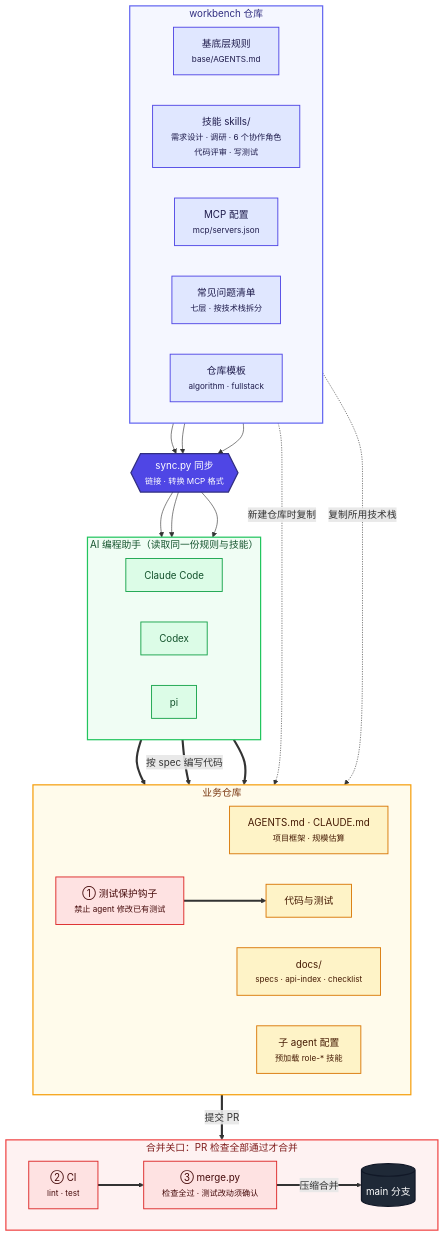
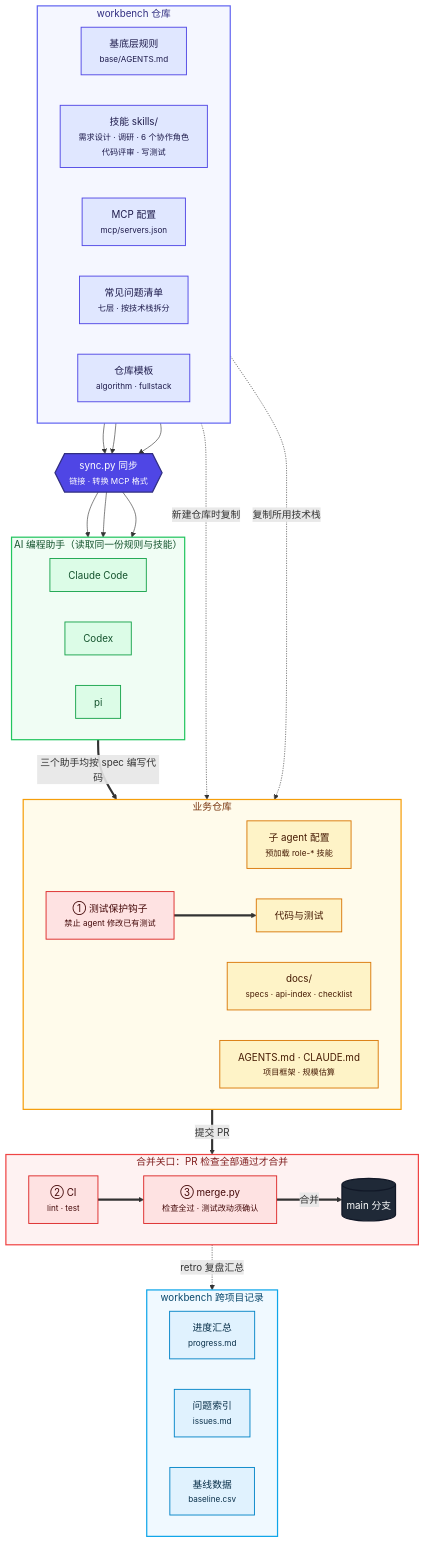
One commit to yinchi-34/workbench changed the diagram in README.md. Above: the diagram before and after it, drawn with Mermaid. The commit also changed other lines of this file, not shown here.

Commit message:
架构图改为直线布局，并加入跨项目记录
三个助手到业务仓库改为一条连线，复盘汇总只连到记录分组，去掉回绕的长连线，主线自上而下基本为直线；新增 workbench 跨项目记录分组与说明。curve 配置在当前 Mermaid 渲染器中不生效，未保留。已用 mermaid-cli 12.3 本地渲染检查。

Claude-Session: https://claude.ai/code/session_017X4mjKxHpPHAWZ9hjMSdzn

````diff
--- a/README.md
+++ b/README.md
@@ -9,67 +9,76 @@
 ```mermaid
 flowchart TB
     subgraph WB["workbench 仓库"]
         direction LR
         base["基底层规则<br/><small>base/AGENTS.md</small>"]
         skills["技能 skills/<br/><small>需求设计 · 调研 · 6 个协作角色<br/>代码评审 · 写测试</small>"]
         mcp["MCP 配置<br/><small>mcp/servers.json</small>"]
         lists["常见问题清单<br/><small>七层 · 按技术栈拆分</small>"]
         tpl["仓库模板<br/><small>algorithm · fullstack</small>"]
     end
 
     sync{{"sync.py 同步<br/><small>链接 · 转换 MCP 格式</small>"}}
 
     subgraph TOOLS["AI 编程助手（读取同一份规则与技能）"]
         direction LR
         cc["Claude Code"]
         codex["Codex"]
         pi["pi"]
     end
 
     subgraph BIZ["业务仓库"]
         direction LR
-        rules["AGENTS.md · CLAUDE.md<br/><small>项目框架 · 规模估算</small>"]
-        docs["docs/<br/><small>specs · api-index · checklist</small>"]
         agents["子 agent 配置<br/><small>预加载 role-* 技能</small>"]
         hook["① 测试保护钩子<br/><small>禁止 agent 修改已有测试</small>"]
         code["代码与测试"]
+        docs["docs/<br/><small>specs · api-index · checklist</small>"]
+        rules["AGENTS.md · CLAUDE.md<br/><small>项目框架 · 规模估算</small>"]
     end
 
     subgraph GATE["合并关口：PR 检查全部通过才合并"]
         direction LR
         ci["② CI<br/><small>lint · test</small>"]
         merge["③ merge.py<br/><small>检查全过 · 测试改动须确认</small>"]
         main[("main 分支")]
     end
 
+    subgraph REC["workbench 跨项目记录"]
+        direction LR
+        progress["进度汇总<br/><small>progress.md</small>"]
+        issues["问题索引<br/><small>issues.md</small>"]
+        baseline["基线数据<br/><small>baseline.csv</small>"]
+    end
+
     base & skills & mcp --> sync
     sync --> cc & codex & pi
     tpl -. "新建仓库时复制" .-> rules
     lists -. "复制所用技术栈" .-> docs
-    cc ==> hook
-    codex == "按 spec 编写代码" ==> hook
-    pi ==> hook
+    codex == "三个助手均按 spec 编写代码" ==> hook
     hook ==> code
     code == "提交 PR" ==> ci
     ci ==> merge
-    merge == "压缩合并" ==> main
+    merge == "合并" ==> main
+    main -. "retro 复盘汇总" .-> REC
 
     classDef wb fill:#e0e7ff,stroke:#4f46e5,stroke-width:1.5px,color:#1e1b4b
     classDef tool fill:#dcfce7,stroke:#16a34a,stroke-width:1.5px,color:#14532d
     classDef biz fill:#fef3c7,stroke:#d97706,stroke-width:1.5px,color:#451a03
     classDef gate fill:#fee2e2,stroke:#dc2626,stroke-width:1.5px,color:#450a0a
     classDef hub fill:#4f46e5,stroke:#312e81,stroke-width:2px,color:#ffffff
+    classDef rec fill:#e0f2fe,stroke:#0284c7,stroke-width:1.5px,color:#082f49
     classDef sink fill:#1f2937,stroke:#111827,stroke-width:2px,color:#ffffff
 
     class base,skills,mcp,lists,tpl wb
     class cc,codex,pi tool
     class rules,docs,agents,code biz
     class hook,ci,merge gate
     class sync hub
     class main sink
+    class progress,issues,baseline rec
 
     style WB fill:#f5f7ff,stroke:#6366f1,stroke-width:2px,color:#312e81
     style TOOLS fill:#f0fdf4,stroke:#22c55e,stroke-width:2px,color:#14532d
     style BIZ fill:#fffbeb,stroke:#f59e0b,stroke-width:2px,color:#78350f
+    style REC fill:#f0f9ff,stroke:#0ea5e9,stroke-width:2px,color:#0c4a6e
     style GATE fill:#fef2f2,stroke:#ef4444,stroke-width:2px,color:#7f1d1d
 ```
````
